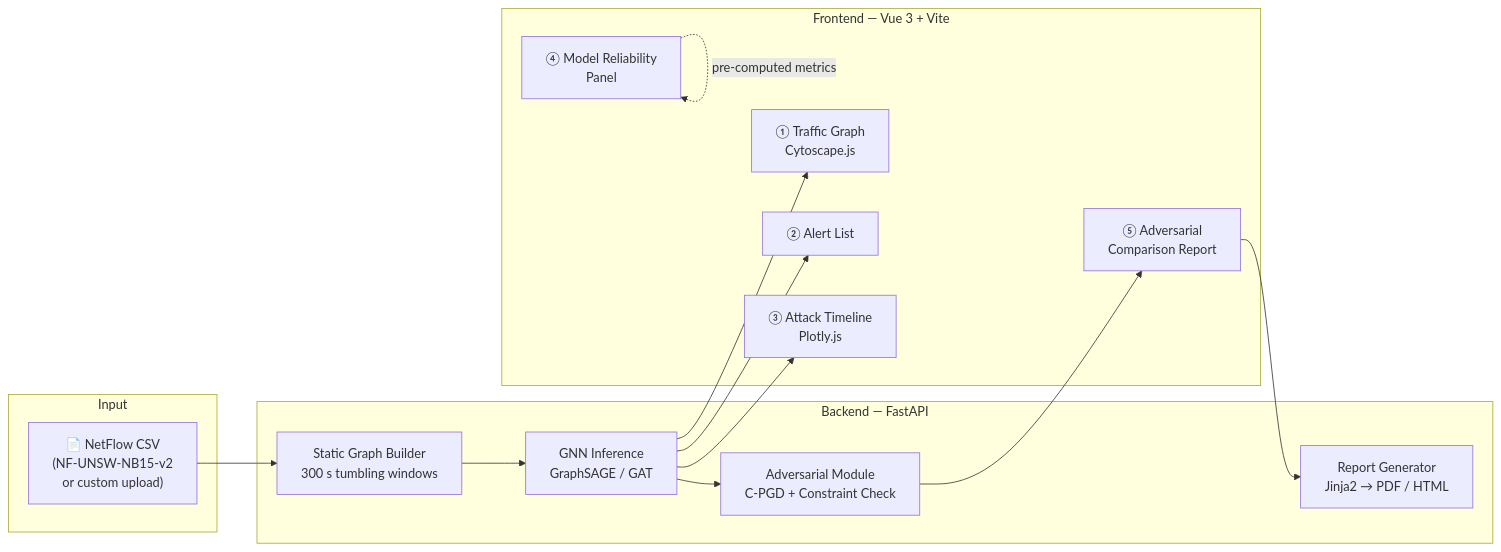
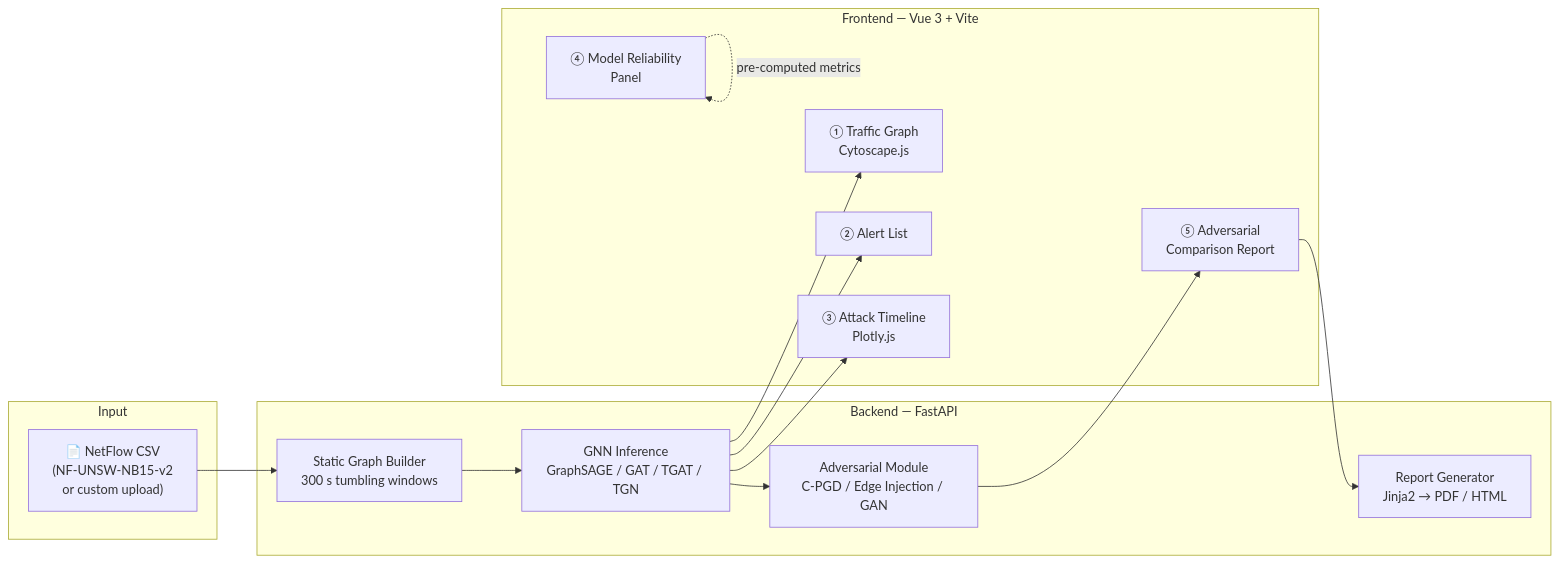
Before and after one commit to SoWiEee/GNN-TGAT-NIDS: the diagram in README.md, drawn with Mermaid. The commit also changed other lines of this file and 14 other files, not shown here.

````diff
--- a/README.md
+++ b/README.md
@@ -30,26 +30,26 @@
 ```mermaid
 flowchart LR
     subgraph Input
         CSV["📄 NetFlow CSV\n(NF-UNSW-NB15-v2\nor custom upload)"]
     end
 
     subgraph Backend["Backend — FastAPI"]
         SB["Static Graph Builder\n300 s tumbling windows"]
-        GNN["GNN Inference\nGraphSAGE / GAT"]
-        ADV["Adversarial Module\nC-PGD + Constraint Check"]
+        GNN["GNN Inference\nGraphSAGE / GAT / TGAT / TGN"]
+        ADV["Adversarial Module\nC-PGD / Edge Injection / GAN"]
         RPT["Report Generator\nJinja2 → PDF / HTML"]
     end
 
     subgraph Frontend["Frontend — Vue 3 + Vite"]
         VIZ["① Traffic Graph\nCytoscape.js"]
         ALT["② Alert List"]
         TSC["③ Attack Timeline\nPlotly.js"]
         MRP["④ Model Reliability\nPanel"]
         ACP["⑤ Adversarial\nComparison Report"]
     end
 
     CSV --> SB --> GNN --> VIZ & ALT & TSC
     GNN --> ADV --> ACP
     ACP --> RPT
     MRP -.->|pre-computed metrics| MRP
 ```
````
